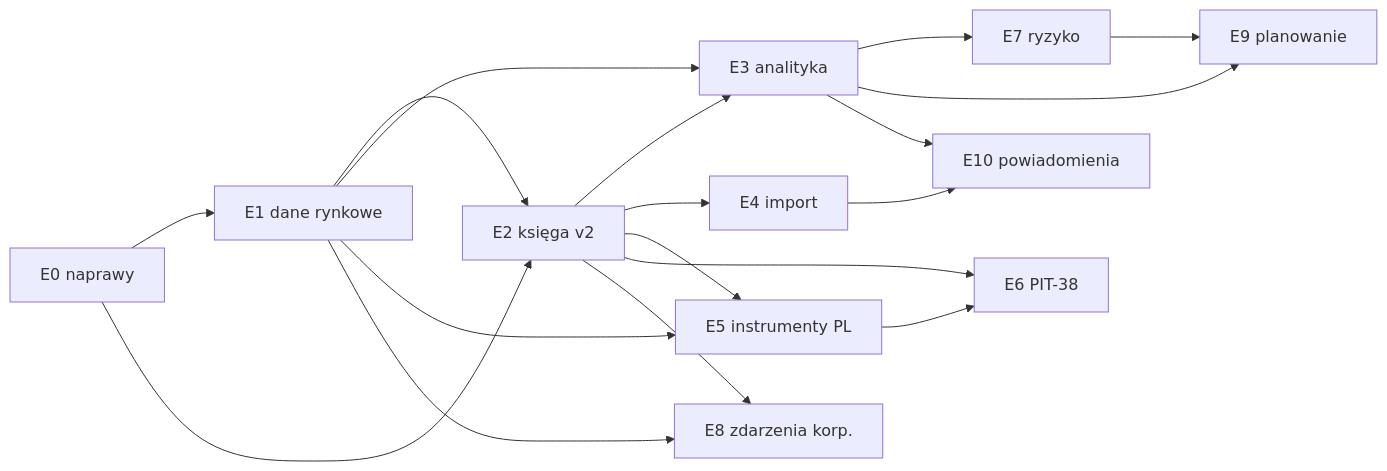
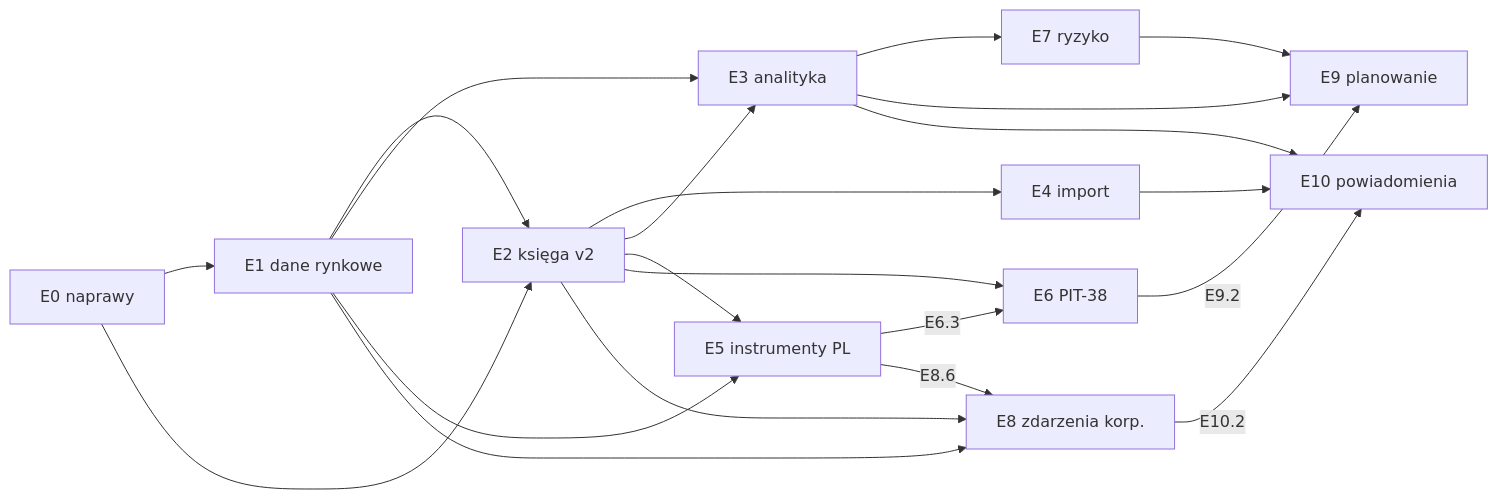
One commit to LukaszPiasecki13/found-tracker changed the diagram in docs/plans/02_roadmapa_funkcjonalna.md. Above: the diagram before and after it, drawn with Mermaid. The commit also changed other lines of this file and 7 other files, not shown here.

````diff
--- a/docs/plans/02_roadmapa_funkcjonalna.md
+++ b/docs/plans/02_roadmapa_funkcjonalna.md
@@ -77,20 +80,23 @@
 ```mermaid
 graph LR
   E0[E0 naprawy] --> E1[E1 dane rynkowe]
   E0 --> E2[E2 księga v2]
   E1 --> E2
+  E2 --> E4[E4 import]
   E1 --> E3[E3 analityka]
   E2 --> E3
-  E2 --> E4[E4 import]
   E1 --> E5[E5 instrumenty PL]
   E2 --> E5
   E2 --> E6[E6 PIT-38]
-  E5 --> E6
+  E5 -->|E6.3| E6
   E3 --> E7[E7 ryzyko]
   E1 --> E8[E8 zdarzenia korp.]
   E2 --> E8
+  E5 -->|E8.6| E8
   E3 --> E9[E9 planowanie]
   E7 --> E9
+  E6 -->|E9.2| E9
   E3 --> E10[E10 powiadomienia]
   E4 --> E10
+  E8 -->|E10.2| E10
 ```
````
